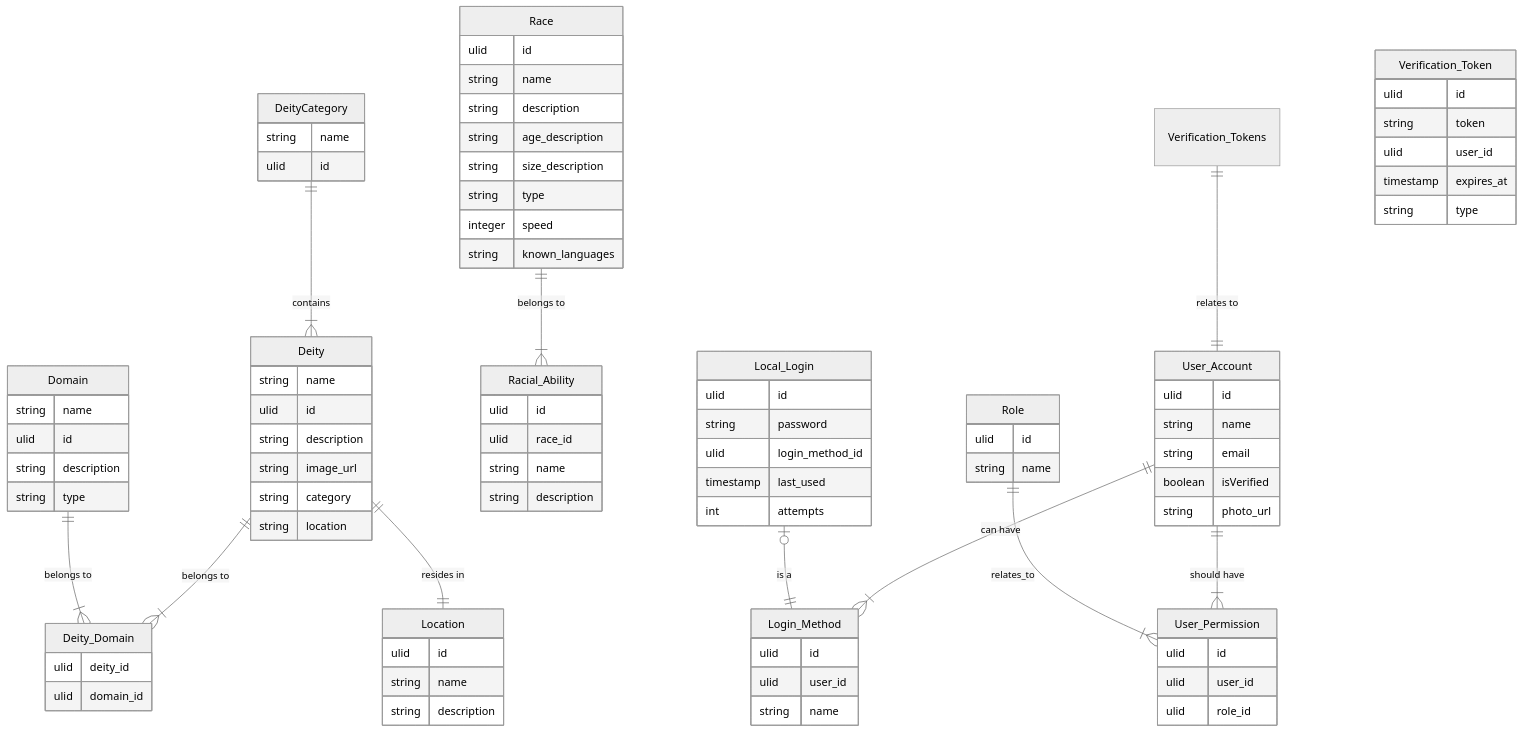
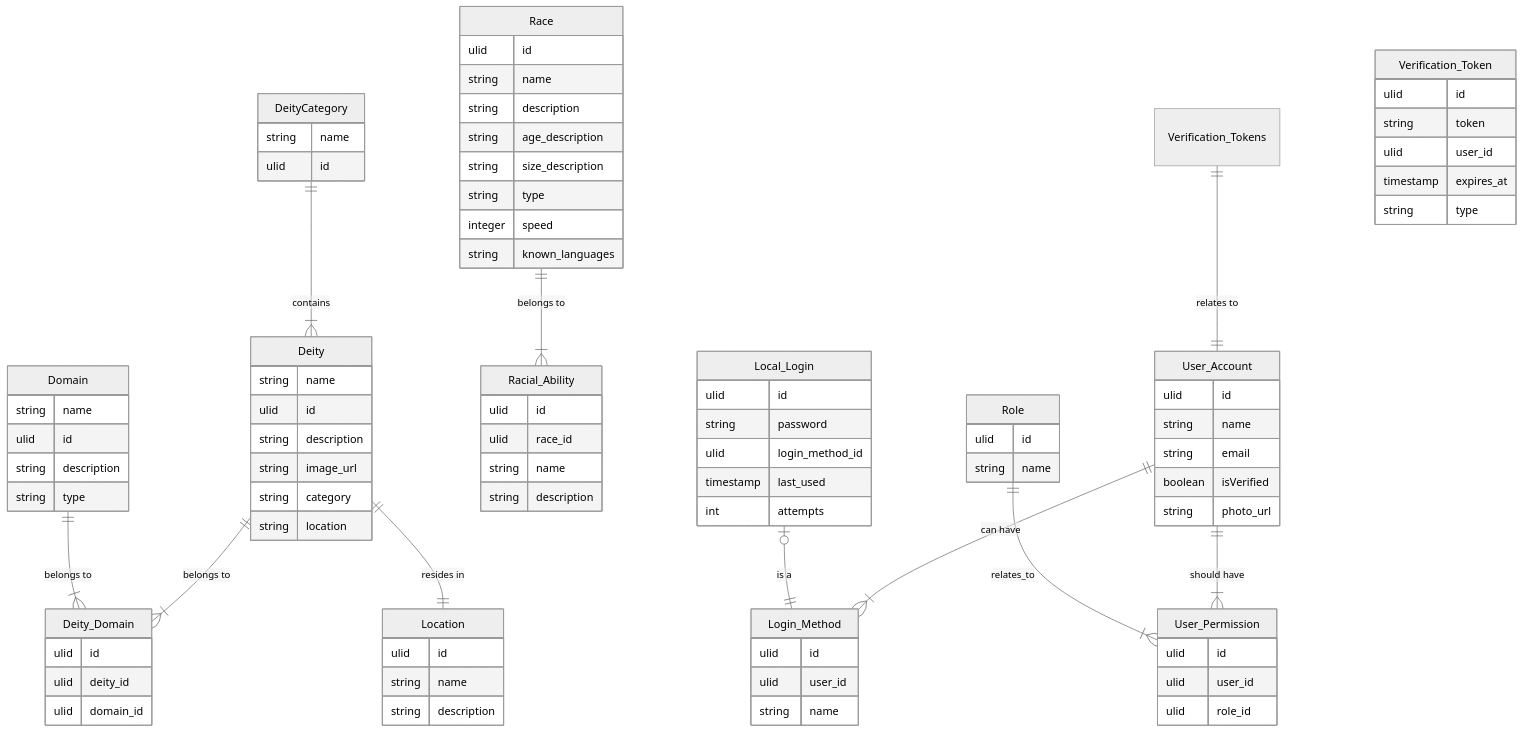
The diagram in libs/db/migrations/diagram.mmd (jmcdo29/unteris), drawn with Mermaid (neutral theme) before and after one commit. The commit also changed 4 other files, not shown here.

```diff
--- a/libs/db/migrations/diagram.mmd
+++ b/libs/db/migrations/diagram.mmd
@@ -1,89 +1,90 @@
 erDiagram
     DeityCategory ||--|{ Deity : "contains"
     Deity ||--|{ Deity_Domain : "belongs to"
     Domain ||--|{ Deity_Domain : "belongs to"
     Deity ||--|| Location : "resides in"
     Race ||--|{ Racial_Ability : "belongs to"
     User_Account ||--|{ Login_Method : "can have"
     Local_Login |o--|| Login_Method : "is a"
     User_Account ||--|{ User_Permission : "should have"
     Verification_Tokens ||--|| User_Account : "relates to"
     Role ||--|{ User_Permission : "relates_to"
     DeityCategory {
         string name
         ulid id
     }
     Deity {
         string name
         ulid id
         string description
         string image_url
         string category
         string location
     }
     Domain {
         string name
         ulid id
         string description
         string type
     }
     Deity_Domain {
+        ulid id
         ulid deity_id
         ulid domain_id
     }
     Location {
         ulid id
         string name
         string description
     }
     Race {
         ulid id
         string name
         string description
         string age_description
         string size_description
         string type
         integer speed
         string known_languages
     }
     Racial_Ability {
         ulid id
         ulid race_id
         string name
         string description
     }
     User_Account {
         ulid id
         string name
         string email
         boolean isVerified
         string photo_url
     }
     User_Permission {
         ulid id
         ulid user_id
         ulid role_id
     }
     Login_Method {
         ulid id
         ulid user_id
         string name
     }
     Local_Login {
         ulid id
         string password
         ulid login_method_id
         timestamp last_used
         int attempts
     }
     Role {
         ulid id
         string name
     }
     Verification_Token {
         ulid id
         string token
         ulid user_id
         timestamp expires_at
         string type
     }
```
